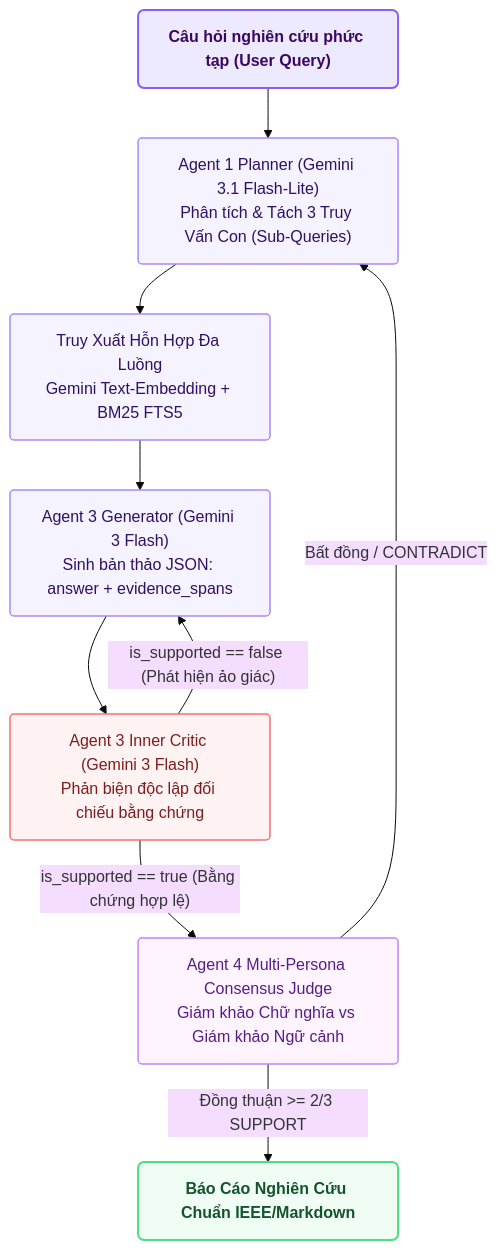
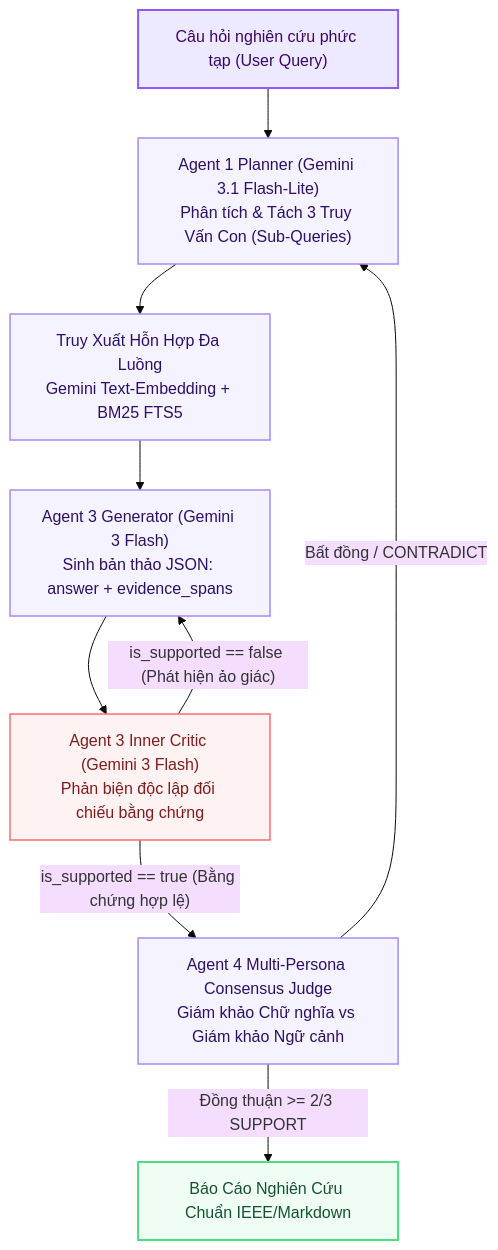
Before and after one commit to ducmanh-jr/Multi-Agent_RAG: the diagram in reports/03_TUY_CHON_3_GEMINI_CLOUD.md, drawn with Mermaid (base theme). The commit also changed other lines of this file and 8 other files, not shown here.

Commit message:
fix(reports): resolve Mermaid syntax error (remove invalid rx/ry, clean node labels) and decouple Agent 0 from core 5-agent pipeline

````diff
--- a/reports/03_TUY_CHON_3_GEMINI_CLOUD.md
+++ b/reports/03_TUY_CHON_3_GEMINI_CLOUD.md
@@ -13,25 +13,29 @@
 ```mermaid
 flowchart TD
-    classDef inputNode fill:#ede9fe,stroke:#8b5cf6,stroke-width:2px,color:#3b0764,font-weight:bold,rx:6,ry:6;
-    classDef stepNode fill:#f5f3ff,stroke:#a78bfa,stroke-width:1.5px,color:#2e1065,rx:4,ry:4;
-    classDef loopNode fill:#fef2f2,stroke:#f87171,stroke-width:1.5px,color:#7f1d1d,rx:4,ry:4;
-    classDef judgeNode fill:#fdf4ff,stroke:#c084fc,stroke-width:1.5px,color:#581c87,rx:4,ry:4;
-    classDef outNode fill:#f0fdf4,stroke:#4ade80,stroke-width:2px,color:#14532d,font-weight:bold,rx:6,ry:6;
-
-    Q["Câu hỏi nghiên cứu phức tạp (User Query)"]:::inputNode
-    DEC["Agent 1 Planner (Gemini 3.1 Flash-Lite)<br/>Phân tích & Tách 3 Truy Vấn Con (Sub-Queries)"]:::stepNode
-    HYBRID["Truy Xuất Hỗn Hợp Đa Luồng<br/>Gemini Text-Embedding + BM25 FTS5"]:::stepNode
-    GEN["Agent 3 Generator (Gemini 3 Flash)<br/>Sinh bản thảo JSON: answer + evidence_spans"]:::stepNode
-    CRIT["Agent 3 Inner Critic (Gemini 3 Flash)<br/>Phản biện độc lập đối chiếu bằng chứng"]:::loopNode
-    JUDGE["Agent 4 Multi-Persona Consensus Judge<br/>Giám khảo Chữ nghĩa vs Giám khảo Ngữ cảnh"]:::judgeNode
-    OUT["Báo Cáo Nghiên Cứu Chuẩn IEEE/Markdown"]:::outNode
+    Q["Câu hỏi nghiên cứu phức tạp (User Query)"]
+    DEC["Agent 1 Planner (Gemini 3.1 Flash-Lite)<br/>Phân tích & Tách 3 Truy Vấn Con (Sub-Queries)"]
+    HYBRID["Truy Xuất Hỗn Hợp Đa Luồng<br/>Gemini Text-Embedding + BM25 FTS5"]
+    GEN["Agent 3 Generator (Gemini 3 Flash)<br/>Sinh bản thảo JSON: answer + evidence_spans"]
+    CRIT["Agent 3 Inner Critic (Gemini 3 Flash)<br/>Phản biện độc lập đối chiếu bằng chứng"]
+    JUDGE["Agent 4 Multi-Persona Consensus Judge<br/>Giám khảo Chữ nghĩa vs Giám khảo Ngữ cảnh"]
+    OUT["Báo Cáo Nghiên Cứu Chuẩn IEEE/Markdown"]
 
     Q --> DEC
     DEC --> HYBRID
     HYBRID --> GEN
     GEN --> CRIT
     CRIT -- "is_supported == false (Phát hiện ảo giác)" --> GEN
     CRIT -- "is_supported == true (Bằng chứng hợp lệ)" --> JUDGE
     JUDGE -- "Đồng thuận >= 2/3 SUPPORT" --> OUT
     JUDGE -- "Bất đồng / CONTRADICT" --> DEC
+
+    classDef purple fill:#f5f3ff,stroke:#a78bfa,stroke-width:1.5px,color:#2e1065;
+    classDef input fill:#ede9fe,stroke:#8b5cf6,stroke-width:2px,color:#3b0764;
+    classDef green fill:#f0fdf4,stroke:#4ade80,stroke-width:2px,color:#14532d;
+    classDef loop fill:#fef2f2,stroke:#f87171,stroke-width:1.5px,color:#7f1d1d;
+
+    class Q input;
+    class DEC,HYBRID,GEN,JUDGE purple;
+    class CRIT loop;
+    class OUT green;
 ```
````
